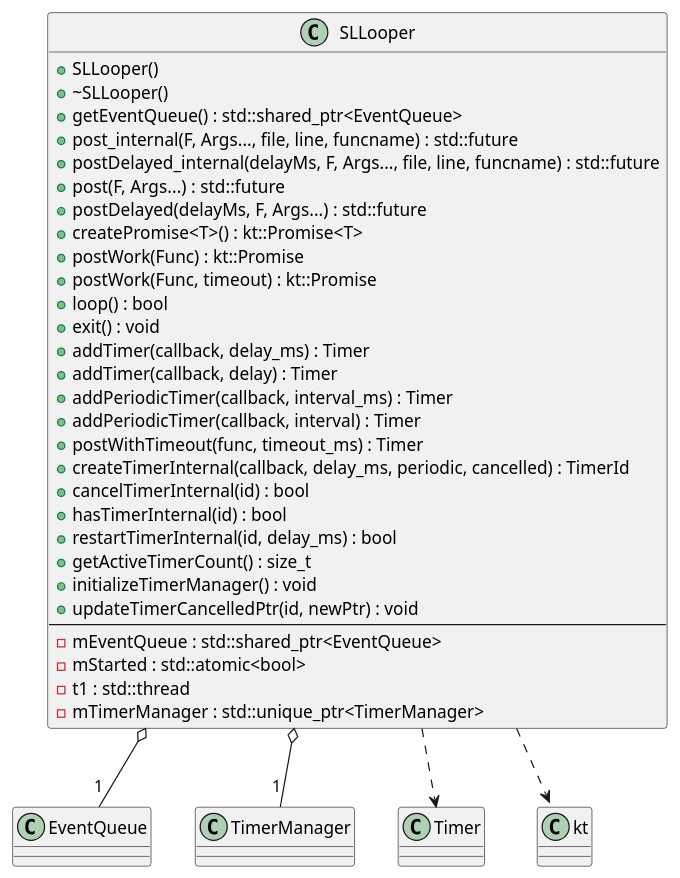
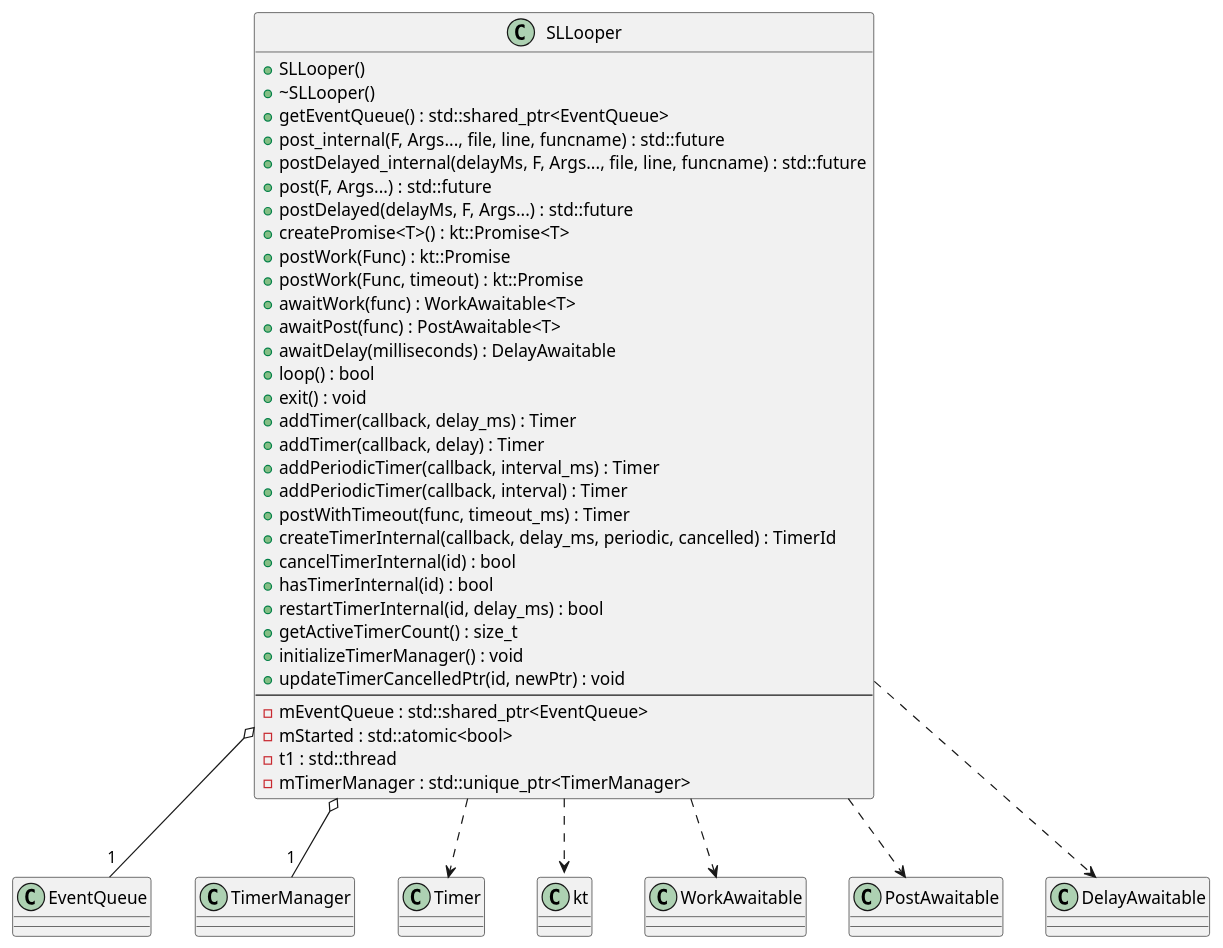
Before and after one commit to taikt/sw_task: the first of 11 diagrams in doc/design/sw_task/class.puml, drawn with PlantUML. The commit also changed other lines of this file and 14 other files, not shown here.

```diff
--- a/doc/design/sw_task/class.puml
+++ b/doc/design/sw_task/class.puml
@@ -1,38 +1,44 @@
 @startuml
 class SLLooper {
     +SLLooper()
     +~SLLooper()
     +getEventQueue() : std::shared_ptr<EventQueue>
     +post_internal(F, Args..., file, line, funcname) : std::future
     +postDelayed_internal(delayMs, F, Args..., file, line, funcname) : std::future
     +post(F, Args...) : std::future
     +postDelayed(delayMs, F, Args...) : std::future
     +createPromise<T>() : kt::Promise<T>
     +postWork(Func) : kt::Promise
     +postWork(Func, timeout) : kt::Promise
+    +awaitWork(func) : WorkAwaitable<T>
+    +awaitPost(func) : PostAwaitable<T>
+    +awaitDelay(milliseconds) : DelayAwaitable
     +loop() : bool
     +exit() : void
     +addTimer(callback, delay_ms) : Timer
     +addTimer(callback, delay) : Timer
     +addPeriodicTimer(callback, interval_ms) : Timer
     +addPeriodicTimer(callback, interval) : Timer
     +postWithTimeout(func, timeout_ms) : Timer
     +createTimerInternal(callback, delay_ms, periodic, cancelled) : TimerId
     +cancelTimerInternal(id) : bool
     +hasTimerInternal(id) : bool
     +restartTimerInternal(id, delay_ms) : bool
     +getActiveTimerCount() : size_t
     +initializeTimerManager() : void
     +updateTimerCancelledPtr(id, newPtr) : void
     --
     -mEventQueue : std::shared_ptr<EventQueue>
     -mStarted : std::atomic<bool>
     -t1 : std::thread
     -mTimerManager : std::unique_ptr<TimerManager>
 }
 
 SLLooper o-- "1" EventQueue
 SLLooper o-- "1" TimerManager
 SLLooper ..> Timer
 SLLooper ..> kt::Promise
+SLLooper ..> WorkAwaitable
+SLLooper ..> PostAwaitable
+SLLooper ..> DelayAwaitable
 @enduml
```
